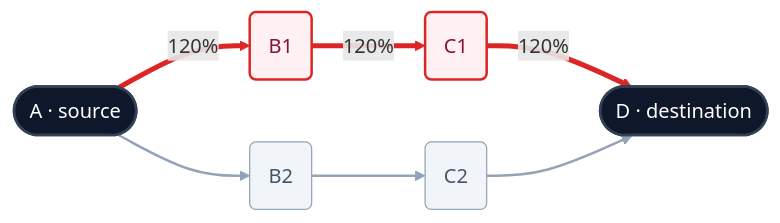
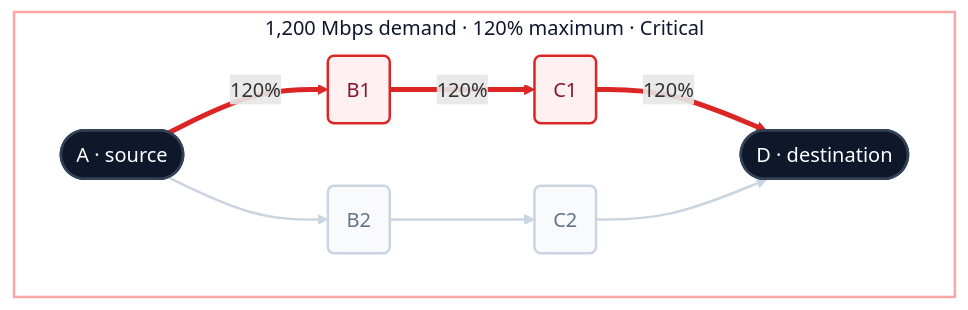
Before and after one commit to dan-voyer/IETF-Hackathon: the second of 4 diagrams in AINETOPS-IETF127-Hackathon.md, drawn with Mermaid. The commit also changed other lines of this file, not shown here.

Commit message:
Polish three-stage lab diagrams and align them with simulation results

````diff
--- a/AINETOPS-IETF127-Hackathon.md
+++ b/AINETOPS-IETF127-Hackathon.md
@@ -105,18 +110,22 @@
 ```mermaid
 flowchart LR
-    A(["A · source"]) -->|"120%"| B1("B1")
-    B1 -->|"120%"| C1("C1")
-    C1 -->|"120%"| D(["D · destination"])
-    A --> B2("B2")
-    B2 --> C2("C2")
-    C2 --> D
+    subgraph RUN["1,200 Mbps demand · 120% maximum · Critical"]
+        direction LR
+        A(["A · source"]) -->|"120%"| B1("B1")
+        B1 -->|"120%"| C1("C1")
+        C1 -->|"120%"| D(["D · destination"])
+        A -->B2("B2")
+        B2 -->C2("C2")
+        C2 -->D
+    end
 
     classDef endpoint fill:#0f172a,stroke:#334155,color:#ffffff,stroke-width:2px
-    classDef overloaded fill:#fff1f2,stroke:#dc2626,color:#881337,stroke-width:2px
-    classDef unreported fill:#f1f5f9,stroke:#94a3b8,color:#475569,stroke-width:1px
+    classDef upper fill:#fff1f2,stroke:#dc2626,color:#881337,stroke-width:2px
+    classDef lower fill:#f8fafc,stroke:#cbd5e1,color:#64748b,stroke-width:2px
     class A,D endpoint
-    class B1,C1 overloaded
-    class B2,C2 unreported
+    class B1,C1 upper
+    class B2,C2 lower
     linkStyle 0,1,2 stroke:#dc2626,stroke-width:4px
-    linkStyle 3,4,5 stroke:#94a3b8,stroke-width:2px
+    linkStyle 3,4,5 stroke:#cbd5e1,stroke-width:2px
+    style RUN fill:#ffffff,stroke:#fca5a5,stroke-width:2px,color:#0f172a
 ```
````
